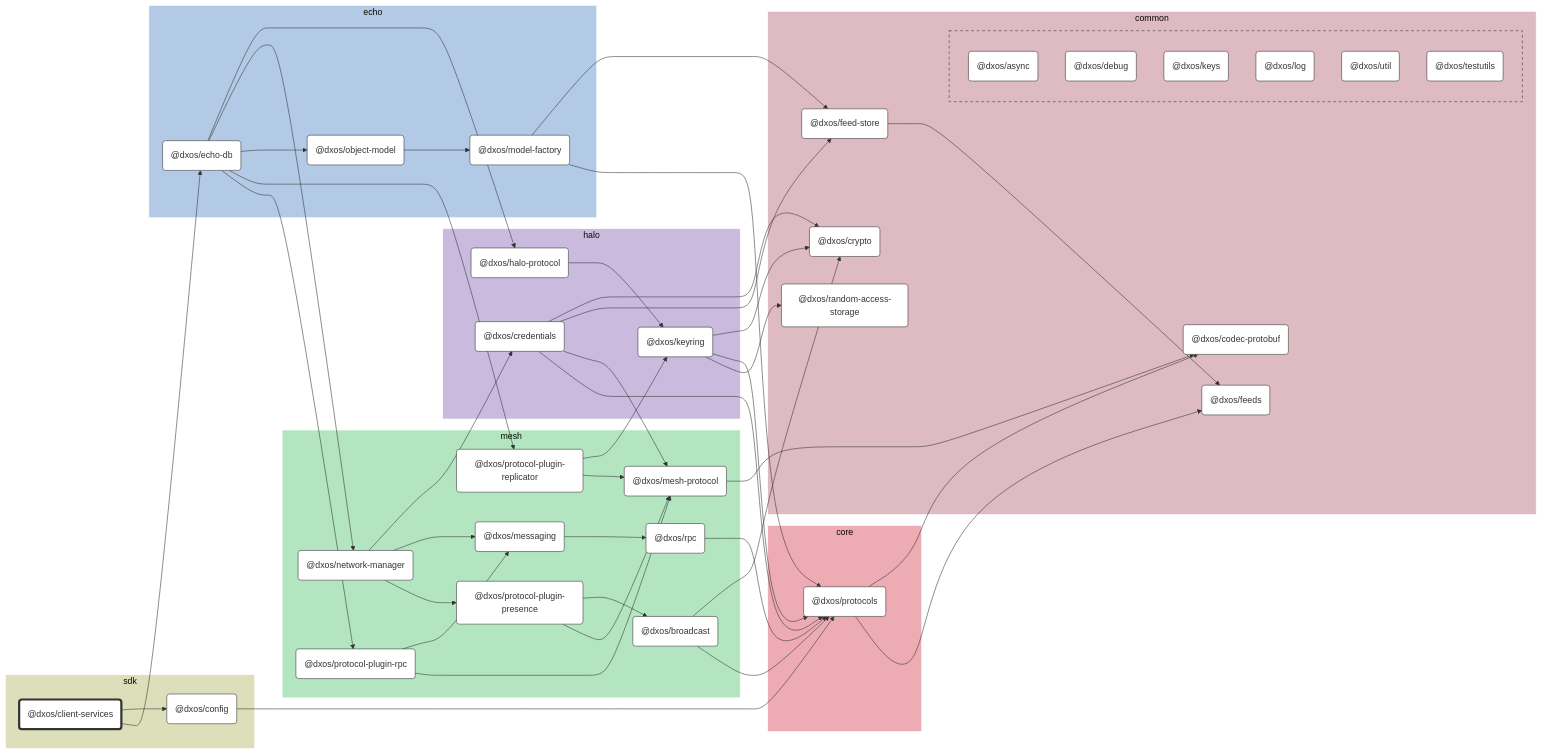
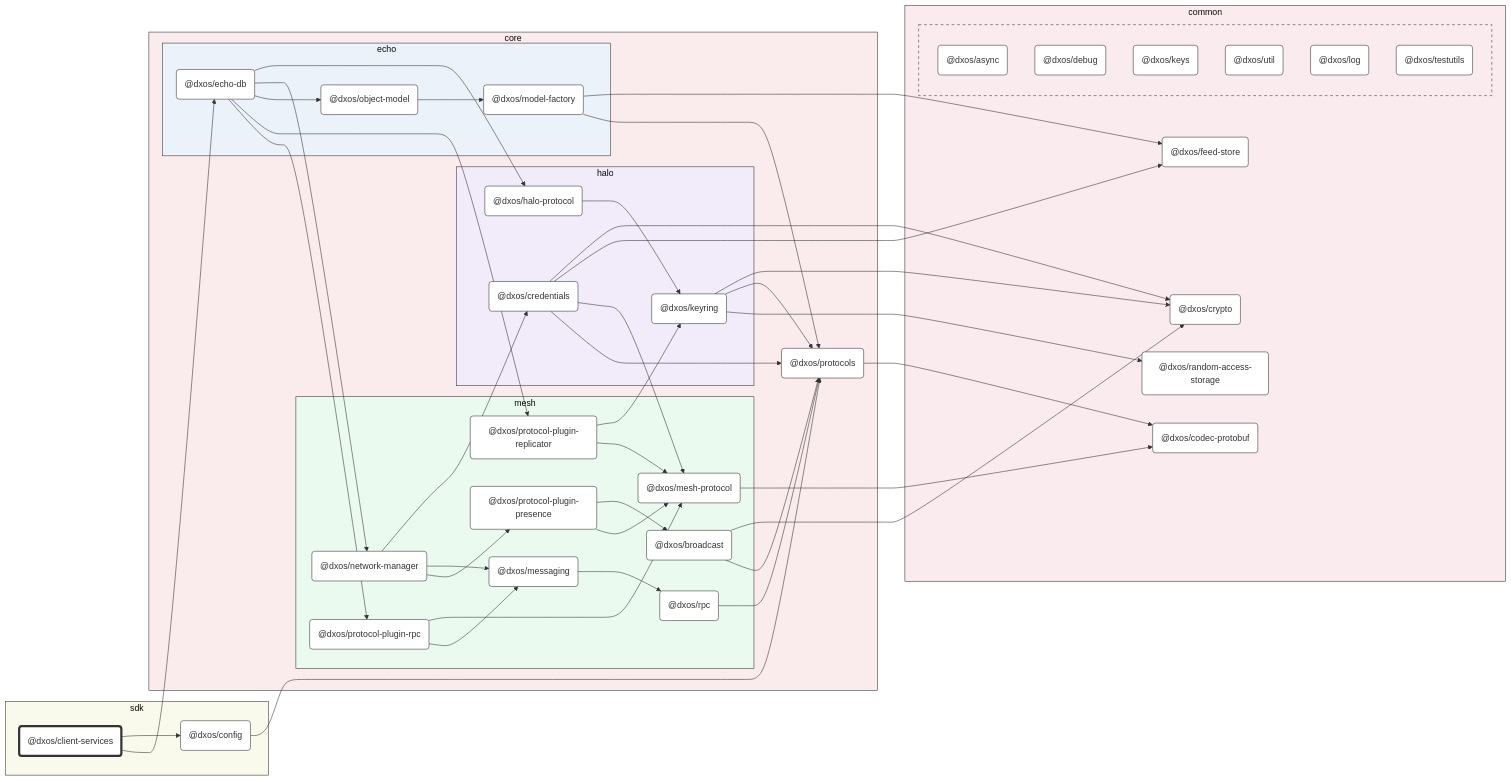
Before and after one commit to dxos/dxos: the diagram in packages/sdk/client-services/docs/README.md, drawn with Mermaid (base theme). The commit also changed other lines of this file and 93 other files, not shown here.

First line of the commit message:
chore: hierarchical graphs. (#1583)

````diff
--- a/packages/sdk/client-services/docs/README.md
+++ b/packages/sdk/client-services/docs/README.md
@@ -16,7 +16,7 @@
 %% Nodes
 
 subgraph sdk [sdk]
-  style sdk fill:#dddeba,stroke:#fff
+  style sdk fill:#f9faeb,stroke:#333
   dxos/client-services("@dxos/client-services"):::root
   click dxos/client-services "dxos/dxos/tree/main/packages/sdk/client-services/docs"
   dxos/config("@dxos/config"):::def
@@ -24,93 +24,89 @@
 end
 
 subgraph common [common]
-  style common fill:#debac2,stroke:#fff
+  style common fill:#faebee,stroke:#333
   dxos/codec-protobuf("@dxos/codec-protobuf"):::def
   click dxos/codec-protobuf "dxos/dxos/tree/main/packages/common/codec-protobuf/docs"
   dxos/crypto("@dxos/crypto"):::def
   click dxos/crypto "dxos/dxos/tree/main/packages/common/crypto/docs"
   dxos/feed-store("@dxos/feed-store"):::def
   click dxos/feed-store "dxos/dxos/tree/main/packages/common/feed-store/docs"
-  dxos/feeds("@dxos/feeds"):::def
-  click dxos/feeds "dxos/dxos/tree/main/packages/common/feeds/docs"
   dxos/random-access-storage("@dxos/random-access-storage"):::def
   click dxos/random-access-storage "dxos/dxos/tree/main/packages/common/random-access-storage/docs"
 
-  subgraph common-excluded [ ]
-    style common-excluded fill:#debac2,stroke:#333,stroke-dasharray:5 5
+  subgraph _ [ ]
+    style _ fill:#faebee,stroke:#333,stroke-dasharray:5 5
     dxos/async("@dxos/async"):::def
     click dxos/async "dxos/dxos/tree/main/packages/common/async/docs"
     dxos/debug("@dxos/debug"):::def
     click dxos/debug "dxos/dxos/tree/main/packages/common/debug/docs"
     dxos/keys("@dxos/keys"):::def
     click dxos/keys "dxos/dxos/tree/main/packages/common/keys/docs"
+    dxos/util("@dxos/util"):::def
+    click dxos/util "dxos/dxos/tree/main/packages/common/util/docs"
     dxos/log("@dxos/log"):::def
     click dxos/log "dxos/dxos/tree/main/packages/common/log/docs"
-    dxos/util("@dxos/util"):::def
-    click dxos/util "dxos/dxos/tree/main/packages/common/util/docs"
     dxos/testutils("@dxos/testutils"):::def
     click dxos/testutils "dxos/dxos/tree/main/packages/common/testutils/docs"
   end
 end
 
-subgraph halo [halo]
-  style halo fill:#cabade,stroke:#fff
-  dxos/credentials("@dxos/credentials"):::def
-  click dxos/credentials "dxos/dxos/tree/main/packages/core/halo/credentials/docs"
-  dxos/halo-protocol("@dxos/halo-protocol"):::def
-  click dxos/halo-protocol "dxos/dxos/tree/main/packages/core/halo/halo-protocol/docs"
-  dxos/keyring("@dxos/keyring"):::def
-  click dxos/keyring "dxos/dxos/tree/main/packages/core/halo/keyring/docs"
-end
-
-subgraph mesh [mesh]
-  style mesh fill:#b3e6c0,stroke:#fff
-  dxos/mesh-protocol("@dxos/mesh-protocol"):::def
-  click dxos/mesh-protocol "dxos/dxos/tree/main/packages/core/mesh/mesh-protocol/docs"
-  dxos/messaging("@dxos/messaging"):::def
-  click dxos/messaging "dxos/dxos/tree/main/packages/core/mesh/messaging/docs"
-  dxos/rpc("@dxos/rpc"):::def
-  click dxos/rpc "dxos/dxos/tree/main/packages/core/mesh/rpc/docs"
-  dxos/network-manager("@dxos/network-manager"):::def
-  click dxos/network-manager "dxos/dxos/tree/main/packages/core/mesh/network-manager/docs"
-  dxos/protocol-plugin-presence("@dxos/protocol-plugin-presence"):::def
-  click dxos/protocol-plugin-presence "dxos/dxos/tree/main/packages/core/mesh/protocol-plugin-presence/docs"
-  dxos/broadcast("@dxos/broadcast"):::def
-  click dxos/broadcast "dxos/dxos/tree/main/packages/core/mesh/broadcast/docs"
-  dxos/protocol-plugin-replicator("@dxos/protocol-plugin-replicator"):::def
-  click dxos/protocol-plugin-replicator "dxos/dxos/tree/main/packages/core/mesh/protocol-plugin-replicator/docs"
-  dxos/protocol-plugin-rpc("@dxos/protocol-plugin-rpc"):::def
-  click dxos/protocol-plugin-rpc "dxos/dxos/tree/main/packages/core/mesh/protocol-plugin-rpc/docs"
-end
-
 subgraph core [core]
-  style core fill:#edabb3,stroke:#fff
+  style core fill:#faebec,stroke:#333
   dxos/protocols("@dxos/protocols"):::def
   click dxos/protocols "dxos/dxos/tree/main/packages/core/protocols/docs"
-end
 
-subgraph echo [echo]
-  style echo fill:#b3cae6,stroke:#fff
-  dxos/echo-db("@dxos/echo-db"):::def
-  click dxos/echo-db "dxos/dxos/tree/main/packages/core/echo/echo-db/docs"
-  dxos/model-factory("@dxos/model-factory"):::def
-  click dxos/model-factory "dxos/dxos/tree/main/packages/core/echo/model-factory/docs"
-  dxos/object-model("@dxos/object-model"):::def
-  click dxos/object-model "dxos/dxos/tree/main/packages/core/echo/object-model/docs"
+  subgraph halo [halo]
+    style halo fill:#f1ebfa,stroke:#333
+    dxos/credentials("@dxos/credentials"):::def
+    click dxos/credentials "dxos/dxos/tree/main/packages/core/halo/credentials/docs"
+    dxos/halo-protocol("@dxos/halo-protocol"):::def
+    click dxos/halo-protocol "dxos/dxos/tree/main/packages/core/halo/halo-protocol/docs"
+    dxos/keyring("@dxos/keyring"):::def
+    click dxos/keyring "dxos/dxos/tree/main/packages/core/halo/keyring/docs"
+  end
+
+  subgraph mesh [mesh]
+    style mesh fill:#ebfaef,stroke:#333
+    dxos/mesh-protocol("@dxos/mesh-protocol"):::def
+    click dxos/mesh-protocol "dxos/dxos/tree/main/packages/core/mesh/mesh-protocol/docs"
+    dxos/messaging("@dxos/messaging"):::def
+    click dxos/messaging "dxos/dxos/tree/main/packages/core/mesh/messaging/docs"
+    dxos/rpc("@dxos/rpc"):::def
+    click dxos/rpc "dxos/dxos/tree/main/packages/core/mesh/rpc/docs"
+    dxos/network-manager("@dxos/network-manager"):::def
+    click dxos/network-manager "dxos/dxos/tree/main/packages/core/mesh/network-manager/docs"
+    dxos/protocol-plugin-presence("@dxos/protocol-plugin-presence"):::def
+    click dxos/protocol-plugin-presence "dxos/dxos/tree/main/packages/core/mesh/protocol-plugin-presence/docs"
+    dxos/broadcast("@dxos/broadcast"):::def
+    click dxos/broadcast "dxos/dxos/tree/main/packages/core/mesh/broadcast/docs"
+    dxos/protocol-plugin-replicator("@dxos/protocol-plugin-replicator"):::def
+    click dxos/protocol-plugin-replicator "dxos/dxos/tree/main/packages/core/mesh/protocol-plugin-replicator/docs"
+    dxos/protocol-plugin-rpc("@dxos/protocol-plugin-rpc"):::def
+    click dxos/protocol-plugin-rpc "dxos/dxos/tree/main/packages/core/mesh/protocol-plugin-rpc/docs"
+  end
+
+  subgraph echo [echo]
+    style echo fill:#ebf2fa,stroke:#333
+    dxos/echo-db("@dxos/echo-db"):::def
+    click dxos/echo-db "dxos/dxos/tree/main/packages/core/echo/echo-db/docs"
+    dxos/model-factory("@dxos/model-factory"):::def
+    click dxos/model-factory "dxos/dxos/tree/main/packages/core/echo/model-factory/docs"
+    dxos/object-model("@dxos/object-model"):::def
+    click dxos/object-model "dxos/dxos/tree/main/packages/core/echo/object-model/docs"
+  end
 end
 
 %% Links
 linkStyle default stroke:#333,stroke-width:1px
+dxos/client-services --> dxos/config
+dxos/config --> dxos/protocols
+dxos/protocols --> dxos/codec-protobuf
 dxos/credentials --> dxos/crypto
 dxos/credentials --> dxos/feed-store
-dxos/feed-store --> dxos/feeds
 dxos/credentials --> dxos/mesh-protocol
 dxos/mesh-protocol --> dxos/codec-protobuf
 dxos/credentials --> dxos/protocols
-dxos/protocols --> dxos/codec-protobuf
-dxos/protocols --> dxos/feeds
-dxos/client-services --> dxos/config
-dxos/config --> dxos/protocols
 dxos/client-services --> dxos/echo-db
 dxos/echo-db --> dxos/halo-protocol
 dxos/halo-protocol --> dxos/keyring
@@ -135,6 +131,6 @@
 dxos/protocol-plugin-replicator --> dxos/keyring
 dxos/protocol-plugin-replicator --> dxos/mesh-protocol
 dxos/echo-db --> dxos/protocol-plugin-rpc
+dxos/protocol-plugin-rpc --> dxos/mesh-protocol
 dxos/protocol-plugin-rpc --> dxos/messaging
-dxos/protocol-plugin-rpc --> dxos/mesh-protocol
 ```
````
